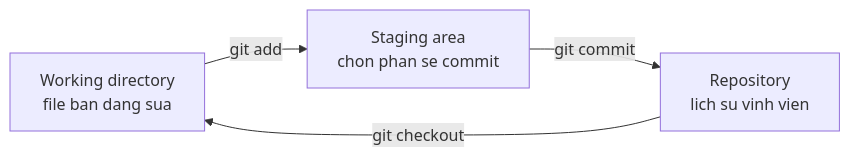
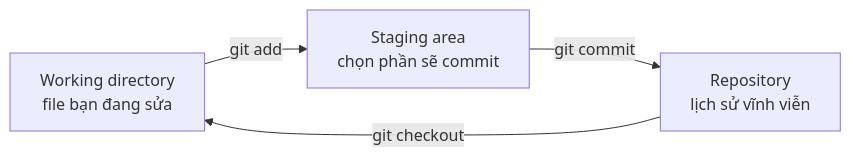
Before and after one commit to TienNHM/tiennhm.github.io: the second of 2 diagrams in docs/09-dotnet-backend-zero-to-senior/stage-01-foundation/module-03-git-developer-workflow/3.1-git-intro-and-motivation.mdx, drawn with Mermaid. The commit also changed other lines of this file and 17 other files, not shown here.

````diff
--- a/docs/09-dotnet-backend-zero-to-senior/stage-01-foundation/module-03-git-developer-workflow/3.1-git-intro-and-motivation.mdx
+++ b/docs/09-dotnet-backend-zero-to-senior/stage-01-foundation/module-03-git-developer-workflow/3.1-git-intro-and-motivation.mdx
@@ -88,6 +88,6 @@
 ```mermaid
 flowchart LR
-    W[Working directory<br/>file ban dang sua] -->|git add| S[Staging area<br/>chon phan se commit]
-    S -->|git commit| R[Repository<br/>lich su vinh vien]
+    W[Working directory<br/>file bạn đang sửa] -->|git add| S[Staging area<br/>chọn phần sẽ commit]
+    S -->|git commit| R[Repository<br/>lịch sử vĩnh viễn]
     R -->|git checkout| W
 ```
````
